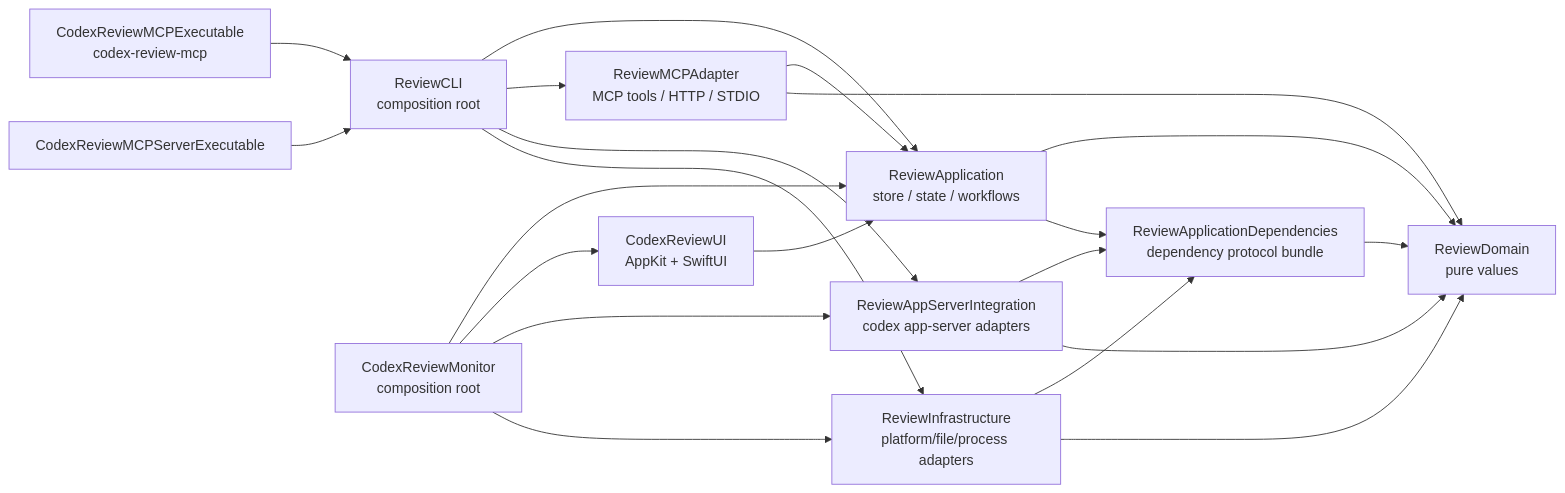
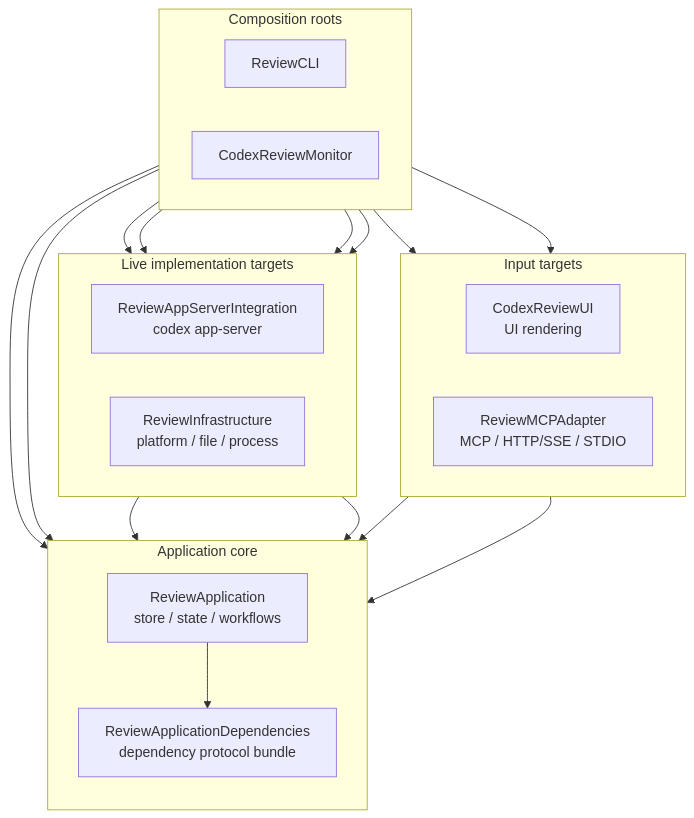
One commit to lynnswap/CodexReviewMCP changed the fifth of 8 diagrams in Docs/architecture-overview.md. Above: the diagram before and after it, drawn with Mermaid. The commit also changed other lines of this file, not shown here.

Commit message:
docs(architecture): outline target reorganization

````diff
--- a/Docs/architecture-overview.md
+++ b/Docs/architecture-overview.md
@@ -161,38 +193,43 @@
 ```mermaid
-flowchart LR
-    ReviewDomain["ReviewDomain<br/>pure values"]
-    ReviewApplicationDependencies["ReviewApplicationDependencies<br/>dependency protocol bundle"]
-    ReviewApplication["ReviewApplication<br/>store / state / workflows"]
-    CodexReviewUI["CodexReviewUI<br/>AppKit + SwiftUI"]
-    ReviewMCPAdapter["ReviewMCPAdapter<br/>MCP tools / HTTP / STDIO"]
-    ReviewAppServerIntegration["ReviewAppServerIntegration<br/>codex app-server adapters"]
-    ReviewInfrastructure["ReviewInfrastructure<br/>platform/file/process adapters"]
-    ReviewCLI["ReviewCLI<br/>composition root"]
-    CodexReviewMonitor["CodexReviewMonitor<br/>composition root"]
-    MCPExecutable["CodexReviewMCPExecutable<br/>codex-review-mcp"]
-    MCPServerExecutable["CodexReviewMCPServerExecutable"]
+flowchart TB
+    subgraph Inputs["Input targets"]
+        direction LR
+        CodexReviewUI["CodexReviewUI<br/>UI rendering"]
+        ReviewMCPAdapter["ReviewMCPAdapter<br/>MCP / HTTP/SSE / STDIO"]
+    end
 
-    ReviewApplicationDependencies --> ReviewDomain
-    ReviewApplication --> ReviewDomain
-    ReviewApplication --> ReviewApplicationDependencies
+    subgraph AppCore["Application core"]
+        direction TB
+        ReviewApplication["ReviewApplication<br/>store / state / workflows"]
+        ReviewApplicationDependencies["ReviewApplicationDependencies<br/>dependency protocol bundle"]
+        ReviewApplication --> ReviewApplicationDependencies
+    end
+
+    subgraph Live["Live implementation targets"]
+        direction LR
+        ReviewAppServerIntegration["ReviewAppServerIntegration<br/>codex app-server"]
+        ReviewInfrastructure["ReviewInfrastructure<br/>platform / file / process"]
+    end
+
+    subgraph Roots["Composition roots"]
+        direction LR
+        ReviewCLI["ReviewCLI"]
+        CodexReviewMonitor["CodexReviewMonitor"]
+    end
+
     CodexReviewUI --> ReviewApplication
     ReviewMCPAdapter --> ReviewApplication
-    ReviewMCPAdapter --> ReviewDomain
+
     ReviewAppServerIntegration --> ReviewApplicationDependencies
-    ReviewAppServerIntegration --> ReviewDomain
     ReviewInfrastructure --> ReviewApplicationDependencies
-    ReviewInfrastructure --> ReviewDomain
 
+    ReviewCLI --> ReviewMCPAdapter
     ReviewCLI --> ReviewApplication
-    ReviewCLI --> ReviewMCPAdapter
     ReviewCLI --> ReviewAppServerIntegration
     ReviewCLI --> ReviewInfrastructure
 
+    CodexReviewMonitor --> CodexReviewUI
     CodexReviewMonitor --> ReviewApplication
-    CodexReviewMonitor --> CodexReviewUI
     CodexReviewMonitor --> ReviewAppServerIntegration
     CodexReviewMonitor --> ReviewInfrastructure
-
-    MCPExecutable --> ReviewCLI
-    MCPServerExecutable --> ReviewCLI
 ```
````
